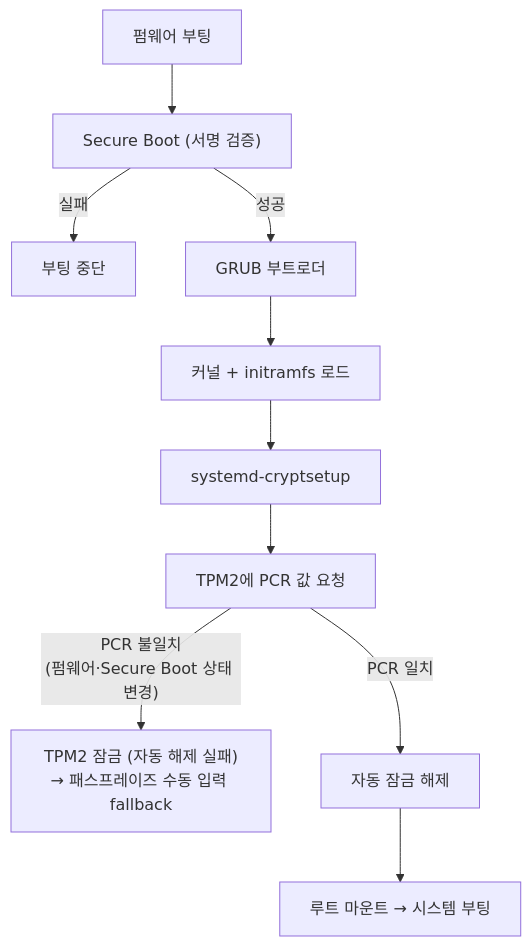
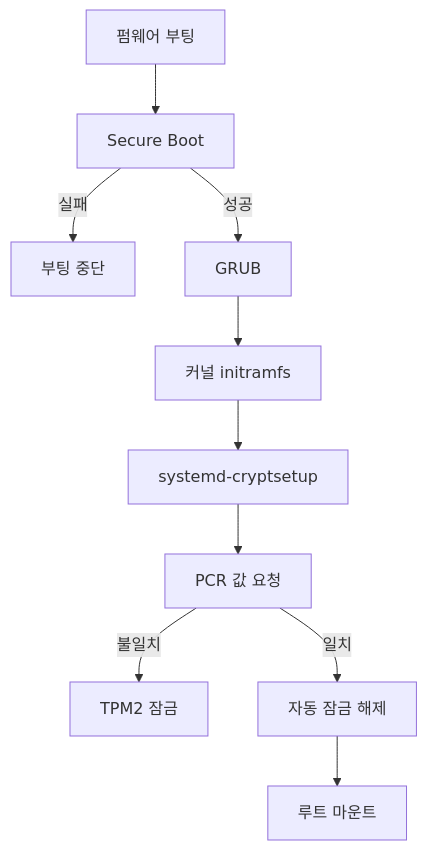
The fifth of 9 diagrams in content/linux/linux-security/luks-dm-crypt.md (moonblueblue/devops-wiki), drawn with Mermaid before and after one commit. The commit also changed other lines of this file and 37 other files, not shown here.

First line of the commit message:
style: linux 카테고리 ASCII 도표·Mermaid 라벨 형식 교정

````diff
--- a/content/linux/linux-security/luks-dm-crypt.md
+++ b/content/linux/linux-security/luks-dm-crypt.md
@@ -502,12 +519,12 @@
 ```mermaid
 graph TD
-    A["펌웨어 부팅"] --> B["Secure Boot (서명 검증)"]
-    B -- "실패" --> HALT["부팅 중단"]
-    B -- "성공" --> C["GRUB 부트로더"]
-    C --> D["커널 + initramfs 로드"]
+    A["펌웨어 부팅"] --> B["Secure Boot"]
+    B -- 실패 --> HALT["부팅 중단"]
+    B -- 성공 --> C["GRUB"]
+    C --> D["커널 initramfs"]
     D --> E["systemd-cryptsetup"]
-    E --> F["TPM2에 PCR 값 요청"]
-    F -- "PCR 불일치<br/>(펌웨어·Secure Boot 상태 변경)" --> G["TPM2 잠금 (자동 해제 실패)<br/>→ 패스프레이즈 수동 입력 fallback"]
-    F -- "PCR 일치" --> H["자동 잠금 해제"]
-    H --> I["루트 마운트 → 시스템 부팅"]
+    E --> F["PCR 값 요청"]
+    F -- 불일치 --> G["TPM2 잠금"]
+    F -- 일치 --> H["자동 잠금 해제"]
+    H --> I["루트 마운트"]
 ```
````
